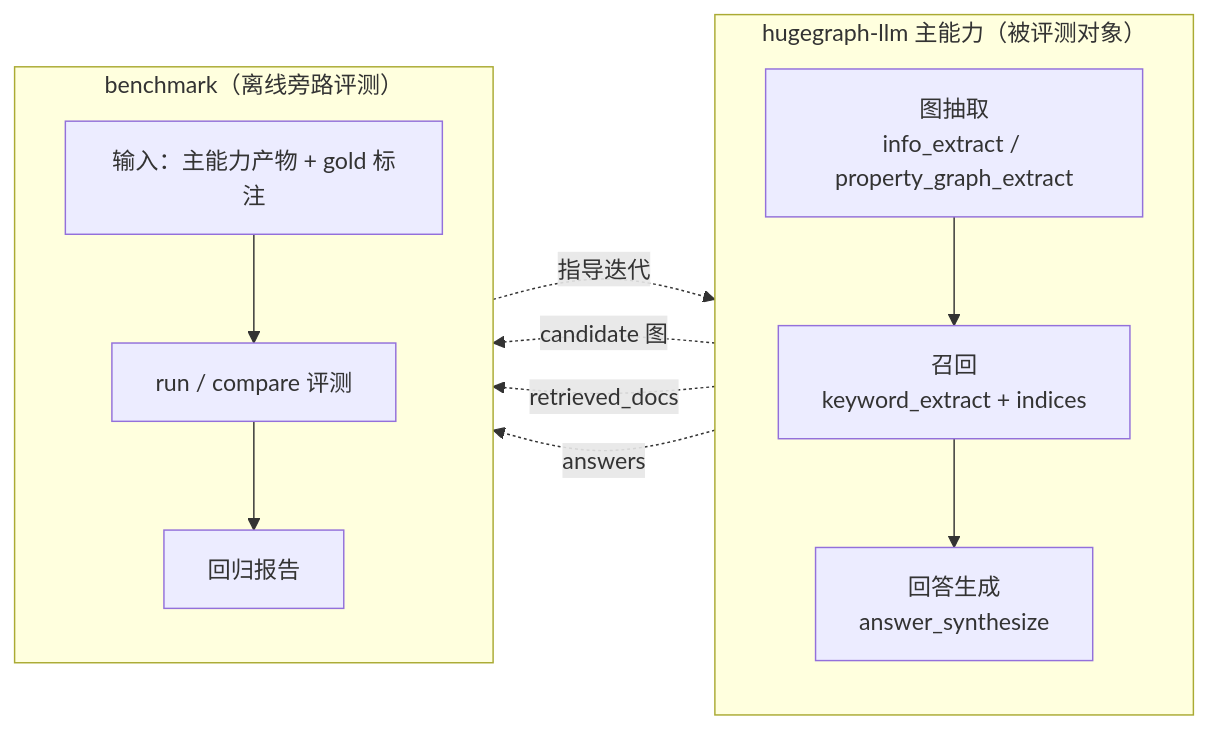
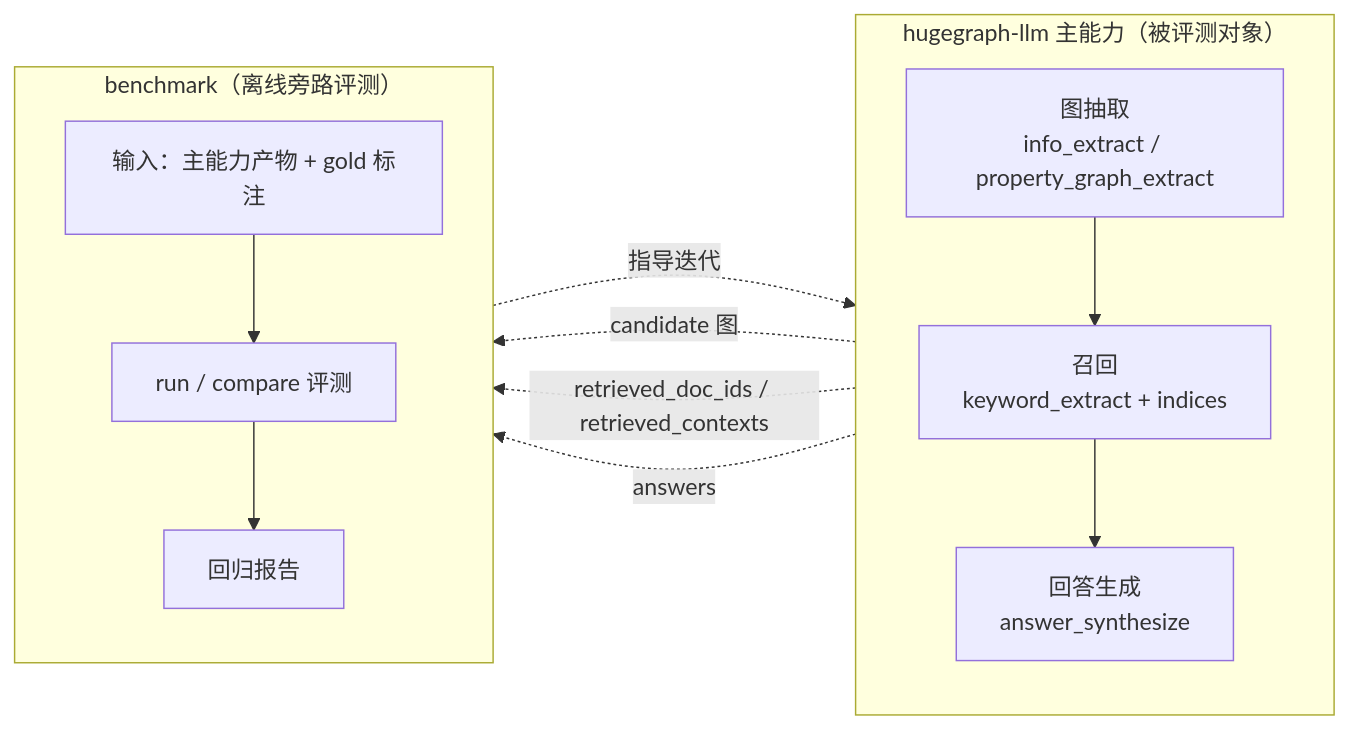
Before and after one commit to hugegraph/hugegraph-ai: the first of 8 diagrams in hugegraph-llm/GRAPHRAG_BENCHMARK.md, drawn with Mermaid. The commit also changed other lines of this file and 19 other files, not shown here.

````diff
--- a/hugegraph-llm/GRAPHRAG_BENCHMARK.md
+++ b/hugegraph-llm/GRAPHRAG_BENCHMARK.md
@@ -71,23 +71,23 @@
 ```mermaid
 flowchart LR
     subgraph HOST["hugegraph-llm 主能力（被评测对象）"]
         direction TB
         EXT["图抽取<br/>info_extract / property_graph_extract"]
         RET["召回<br/>keyword_extract + indices"]
         GEN["回答生成<br/>answer_synthesize"]
         EXT --> RET --> GEN
     end
 
     subgraph BENCH["benchmark（离线旁路评测）"]
         direction TB
         IN["输入：主能力产物 + gold 标注"]
         EVAL["run / compare 评测"]
         RPT["回归报告"]
         IN --> EVAL --> RPT
     end
 
     EXT -.->|"candidate 图"| IN
-    RET -.->|"retrieved_docs"| IN
+    RET -.->|"retrieved_doc_ids / retrieved_contexts"| IN
     GEN -.->|"answers"| IN
     RPT -.->|"指导迭代"| HOST
 ```
````
